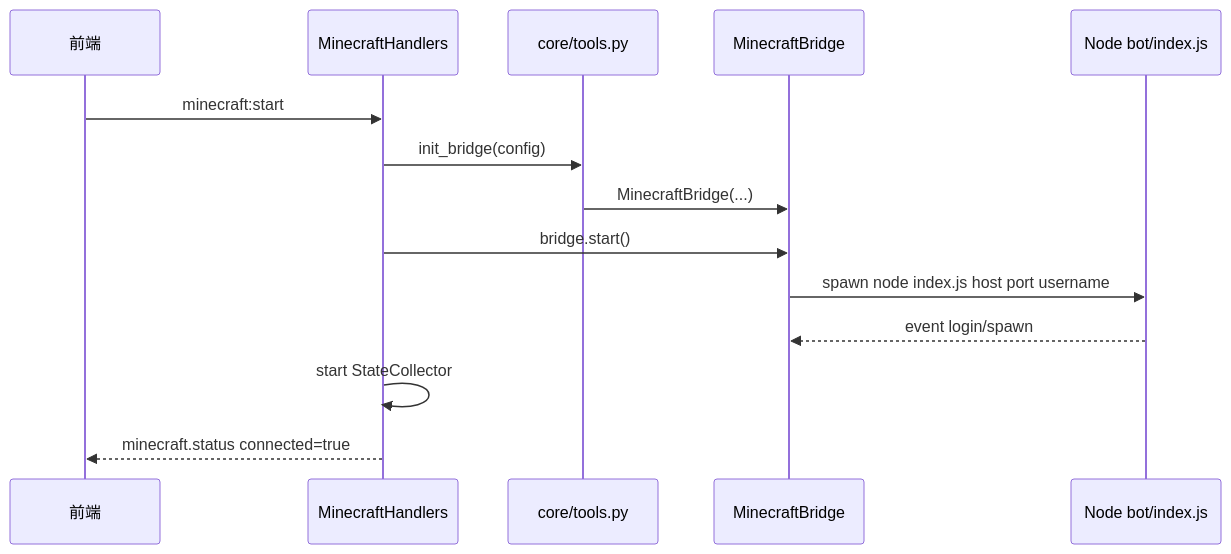
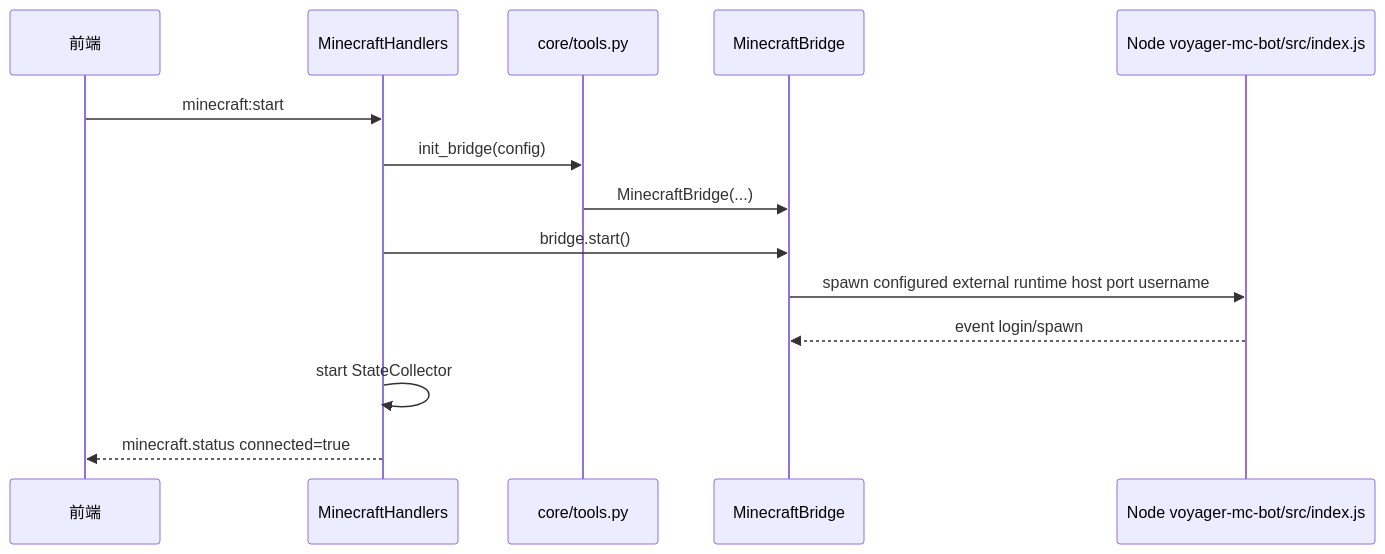
Before and after one commit to loiter74/Anima-LLM-Vtuber: the second of 3 diagrams in docs/development/minecraft-bot-architecture.zh.md, drawn with Mermaid. The commit also changed other lines of this file and 148 other files, not shown here.

````diff
--- a/docs/development/minecraft-bot-architecture.zh.md
+++ b/docs/development/minecraft-bot-architecture.zh.md
@@ -70,17 +71,17 @@
 ```mermaid
 sequenceDiagram
   participant UI as 前端
   participant H as MinecraftHandlers
   participant T as core/tools.py
   participant B as MinecraftBridge
-  participant N as Node bot/index.js
+  participant N as Node voyager-mc-bot/src/index.js
 
   UI->>H: minecraft:start
   H->>T: init_bridge(config)
   T->>B: MinecraftBridge(...)
   H->>B: bridge.start()
-  B->>N: spawn node index.js host port username
+  B->>N: spawn configured external runtime host port username
   N-->>B: event login/spawn
   H->>H: start StateCollector
   H-->>UI: minecraft.status connected=true
 ```
````
